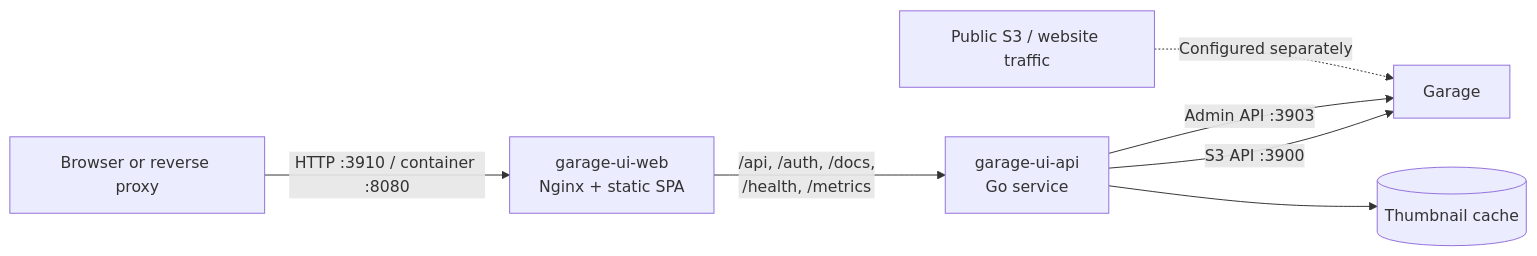
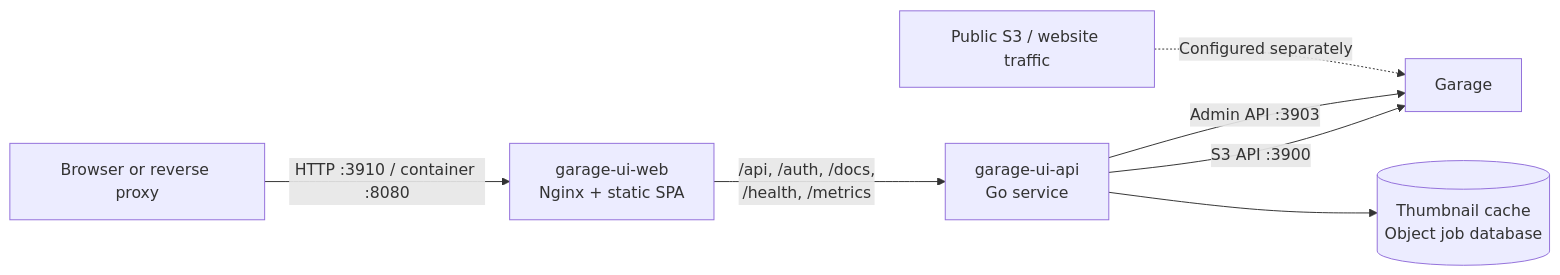
Before and after one commit to jirong0214/garage-ui: the diagram in README.md, drawn with Mermaid. The commit also changed other lines of this file and 32 other files, not shown here.

````diff
--- a/README.md
+++ b/README.md
@@ -66,9 +67,9 @@
 ```mermaid
 flowchart LR
     Browser[Browser or reverse proxy] -->|HTTP :3910 / container :8080| Web[garage-ui-web<br/>Nginx + static SPA]
     Web -->|/api, /auth, /docs,<br/>/health, /metrics| API[garage-ui-api<br/>Go service]
     API -->|S3 API :3900| Garage[Garage]
     API -->|Admin API :3903| Garage
-    API --> Cache[(Thumbnail cache)]
+    API --> State[(Thumbnail cache<br/>Object job database)]
     Public[Public S3 / website traffic] -.->|Configured separately| Garage
 ```
````
